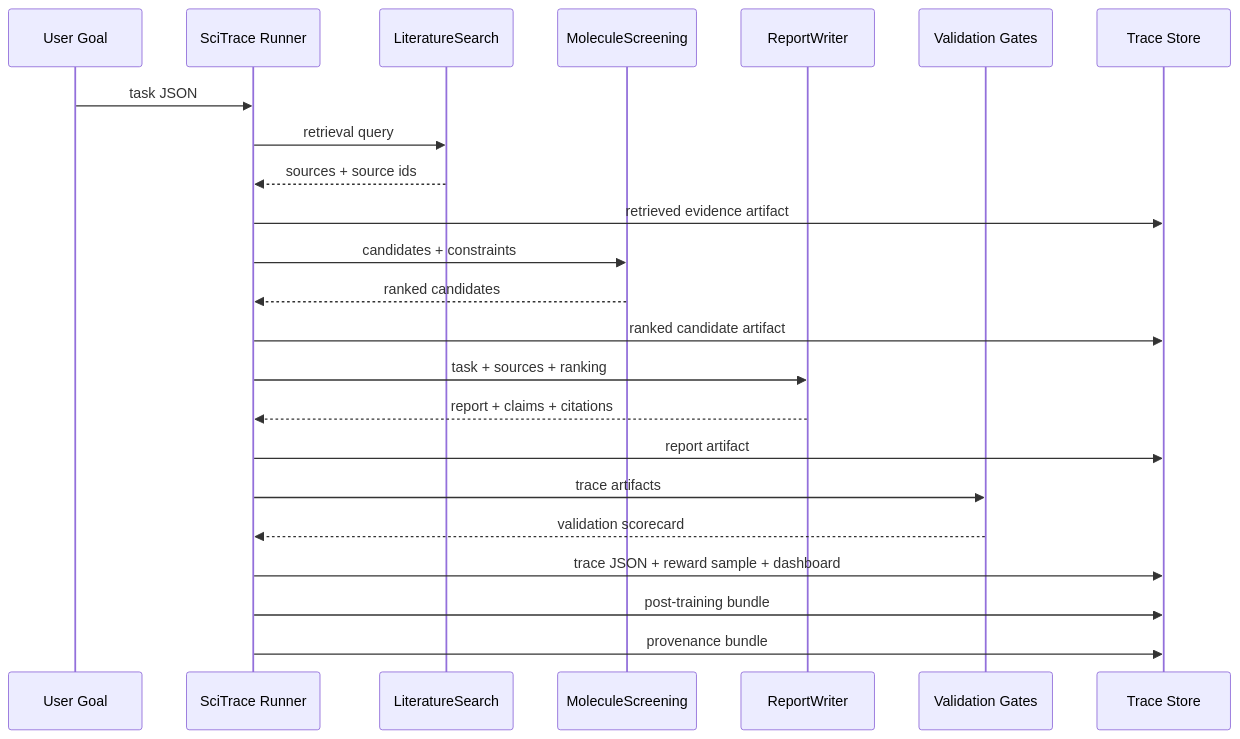
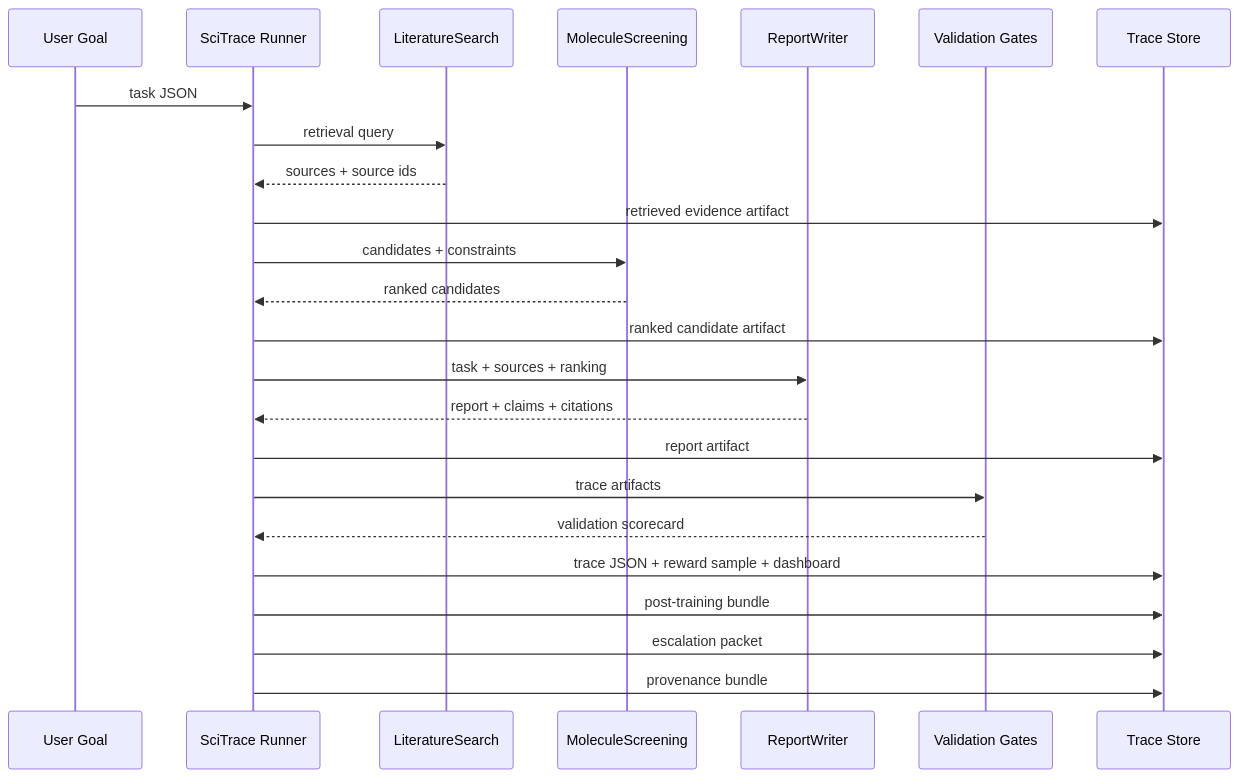
One commit to Kevin-Li-2025/SciTrace_RL changed the diagram in docs/architecture.md. Above: the diagram before and after it, drawn with Mermaid. The commit also changed other lines of this file and 15 other files, not shown here.

Commit message:
Add escalation packet for scientific validation handoff

````diff
--- a/docs/architecture.md
+++ b/docs/architecture.md
@@ -88,26 +99,27 @@
 ```mermaid
 sequenceDiagram
     participant User as User Goal
     participant Runner as SciTrace Runner
     participant Search as LiteratureSearch
     participant Screen as MoleculeScreening
     participant Writer as ReportWriter
     participant Gates as Validation Gates
     participant Store as Trace Store
 
     User->>Runner: task JSON
     Runner->>Search: retrieval query
     Search-->>Runner: sources + source ids
     Runner->>Store: retrieved evidence artifact
     Runner->>Screen: candidates + constraints
     Screen-->>Runner: ranked candidates
     Runner->>Store: ranked candidate artifact
     Runner->>Writer: task + sources + ranking
     Writer-->>Runner: report + claims + citations
     Runner->>Store: report artifact
     Runner->>Gates: trace artifacts
     Gates-->>Runner: validation scorecard
     Runner->>Store: trace JSON + reward sample + dashboard
     Runner->>Store: post-training bundle
+    Runner->>Store: escalation packet
     Runner->>Store: provenance bundle
 ```
````
